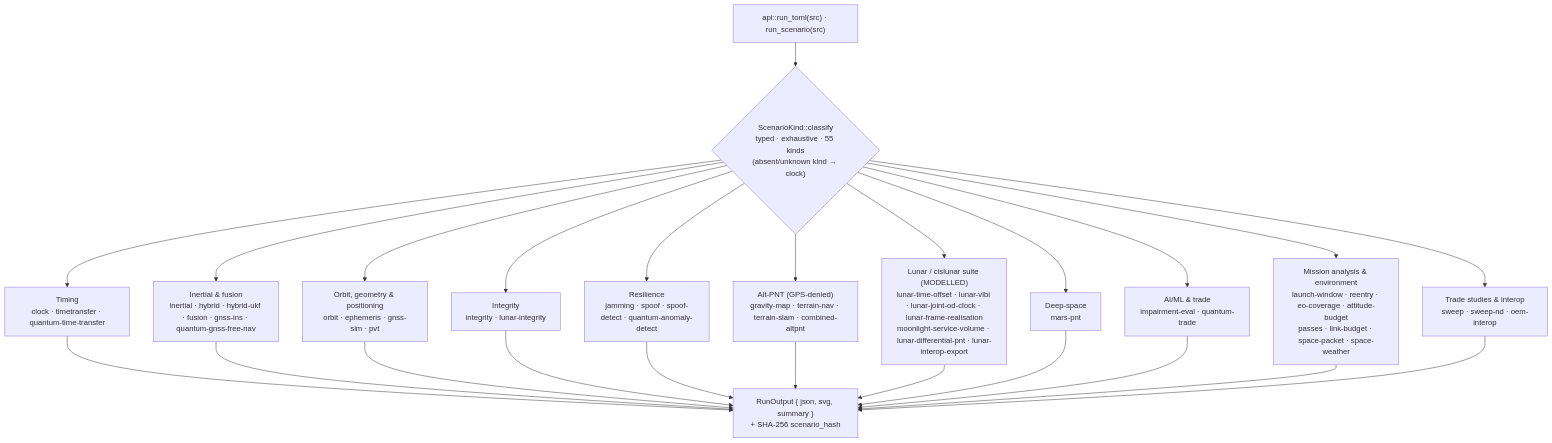
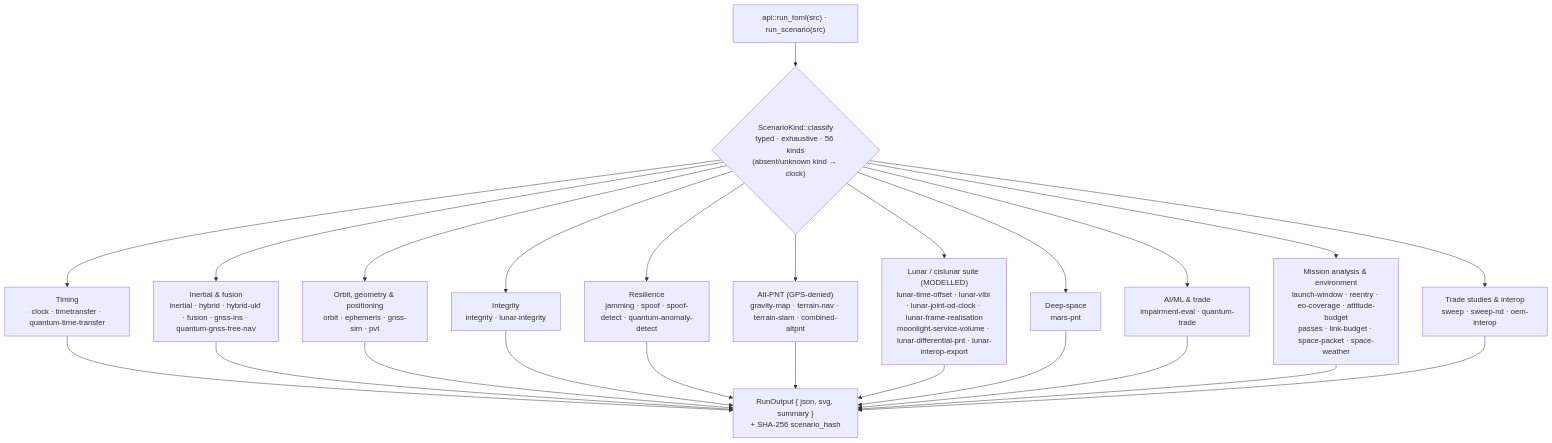
The seventh of 11 diagrams in docs/ARCHITECTURE.md (ashfordeOU/kshana), drawn with Mermaid before and after one commit. The commit also changed other lines of this file and 14 other files, not shown here.

````diff
--- a/docs/ARCHITECTURE.md
+++ b/docs/ARCHITECTURE.md
@@ -406,16 +406,16 @@
 ```mermaid
 flowchart TD
-    F["api::run_toml(src) · run_scenario(src)"] --> K{"ScenarioKind::classify<br/>typed · exhaustive · 55 kinds<br/>(absent/unknown kind → clock)"}
+    F["api::run_toml(src) · run_scenario(src)"] --> K{"ScenarioKind::classify<br/>typed · exhaustive · 56 kinds<br/>(absent/unknown kind → clock)"}
     K --> G1["Timing<br/>clock · timetransfer · quantum-time-transfer"]
     K --> G2["Inertial & fusion<br/>inertial · hybrid · hybrid-ukf · fusion · gnss-ins · quantum-gnss-free-nav"]
     K --> G3["Orbit, geometry & positioning<br/>orbit · ephemeris · gnss-sim · pvt"]
     K --> G4["Integrity<br/>integrity · lunar-integrity"]
     K --> G5["Resilience<br/>jamming · spoof · spoof-detect · quantum-anomaly-detect"]
     K --> G6["Alt-PNT (GPS-denied)<br/>gravity-map · terrain-nav · terrain-slam · combined-altpnt"]
     K --> G7["Lunar / cislunar suite (MODELLED)<br/>lunar-time-offset · lunar-vlbi · lunar-joint-od-clock · lunar-frame-realisation<br/>moonlight-service-volume · lunar-differential-pnt · lunar-interop-export"]
     K --> G8["Deep-space<br/>mars-pnt"]
     K --> G9["AI/ML & trade<br/>impairment-eval · quantum-trade"]
     K --> G10["Mission analysis & environment<br/>launch-window · reentry · eo-coverage · attitude-budget<br/>passes · link-budget · space-packet · space-weather"]
     K --> G11["Trade studies & interop<br/>sweep · sweep-nd · oem-interop"]
     G1 & G2 & G3 & G4 & G5 & G6 & G7 & G8 & G9 & G10 & G11 --> W["RunOutput { json, svg, summary }<br/>+ SHA-256 scenario_hash"]
 ```
````
